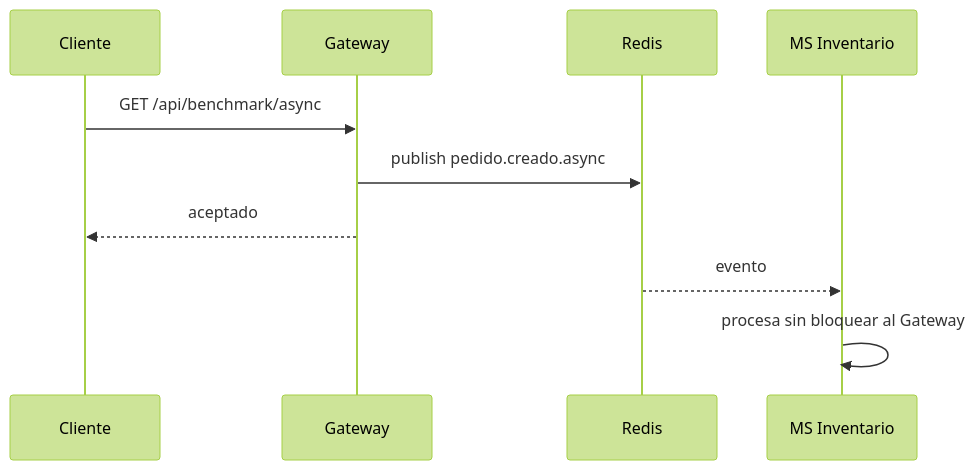
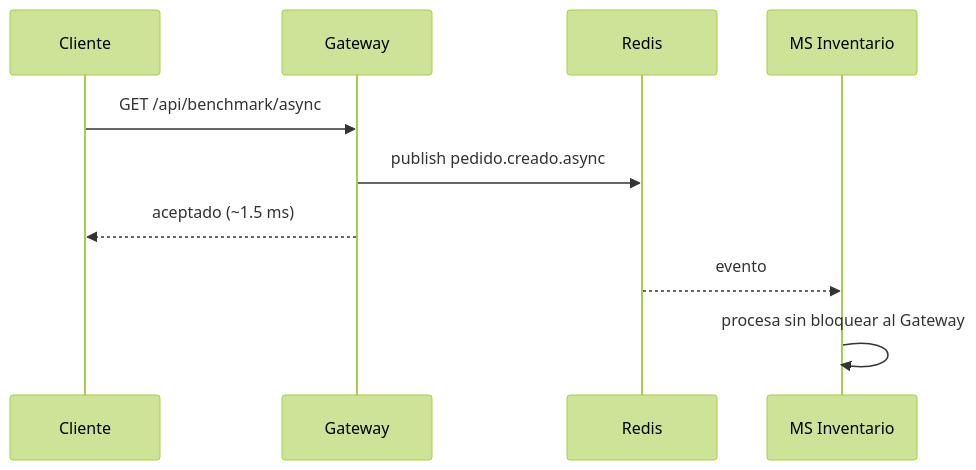
The third of 3 diagrams in README.md (Steft91/30732_CafeCampus_2P), drawn with Mermaid (forest theme) before and after one commit. The commit also changed other lines of this file and 8 other files, not shown here.

````diff
--- a/README.md
+++ b/README.md
@@ -128,13 +132,12 @@
 ```mermaid
 sequenceDiagram
     participant Cliente
     participant Gateway
     participant Redis
     participant Inventario as MS Inventario
-
     Cliente->>Gateway: GET /api/benchmark/async
     Gateway->>Redis: publish pedido.creado.async
-    Gateway-->>Cliente: aceptado
+    Gateway-->>Cliente: aceptado (~1.5 ms)
     Redis-->>Inventario: evento
     Inventario->>Inventario: procesa sin bloquear al Gateway
 ```
````
